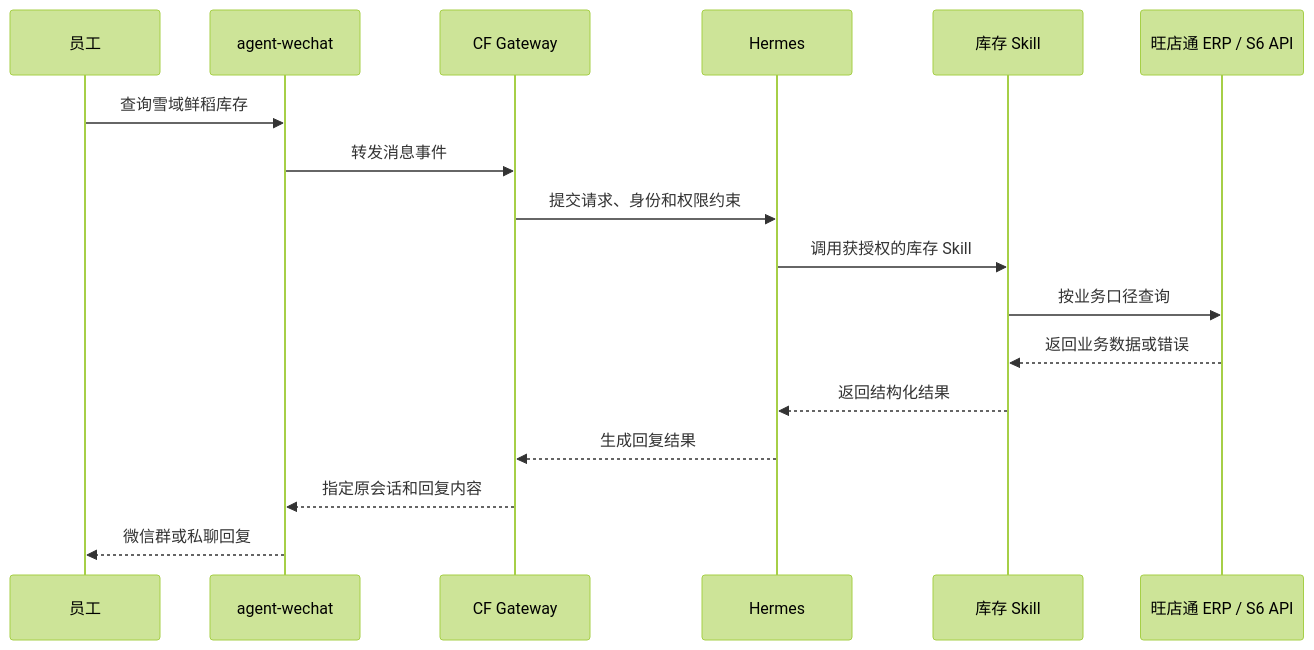
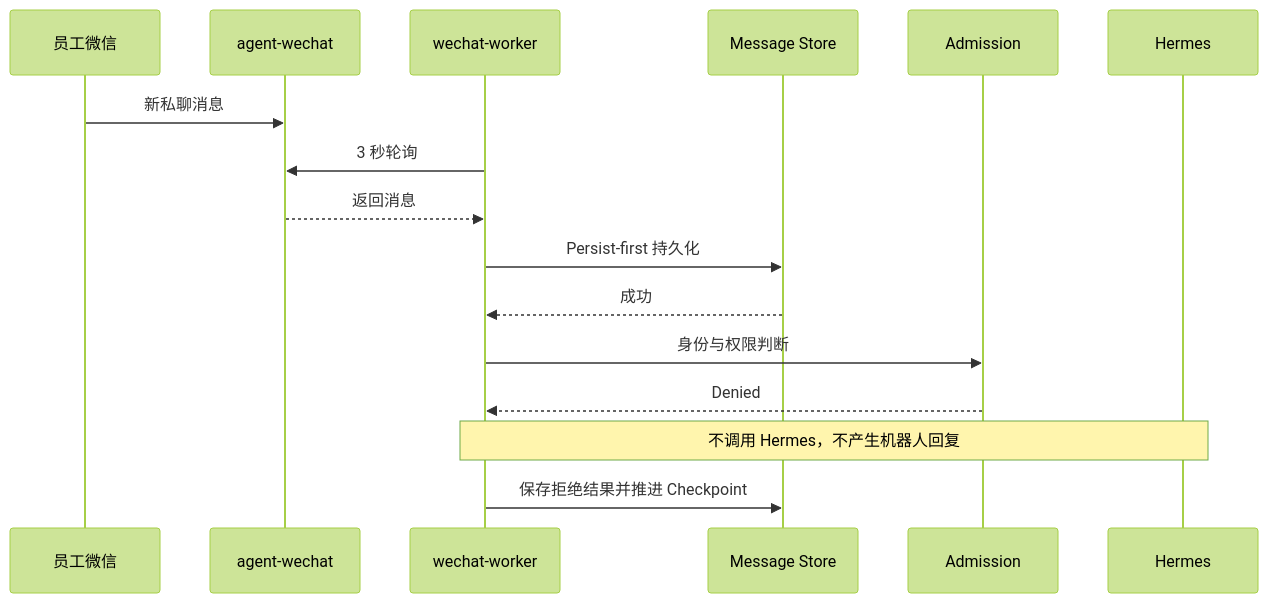
The first of 2 diagrams in architecture/message-flow.md (Tangbohu09527/CF_ecommerce-automation-docs), drawn with Mermaid (forest theme) before and after one commit. The commit also changed other lines of this file and 15 other files, not shown here.

Commit message:
docs: sync WeChat gateway production architecture and status

````diff
--- a/architecture/message-flow.md
+++ b/architecture/message-flow.md
@@ -34,20 +7,19 @@
 ```mermaid
 sequenceDiagram
-    participant E as 员工
-    participant W as agent-wechat
-    participant G as CF Gateway
+    participant E as 员工微信
+    participant AW as agent-wechat
+    participant WW as wechat-worker
+    participant MS as Message Store
+    participant AD as Admission
     participant H as Hermes
-    participant S as 库存 Skill
-    participant B as 旺店通 ERP / S6 API
 
-    E->>W: 查询雪域鲜稻库存
-    W->>G: 转发消息事件
-    G->>H: 提交请求、身份和权限约束
-    H->>S: 调用获授权的库存 Skill
-    S->>B: 按业务口径查询
-    B-->>S: 返回业务数据或错误
-    S-->>H: 返回结构化结果
-    H-->>G: 生成回复结果
-    G-->>W: 指定原会话和回复内容
-    W-->>E: 微信群或私聊回复
+    E->>AW: 新私聊消息
+    WW->>AW: 3 秒轮询
+    AW-->>WW: 返回消息
+    WW->>MS: Persist-first 持久化
+    MS-->>WW: 成功
+    WW->>AD: 身份与权限判断
+    AD-->>WW: Denied
+    Note over WW,H: 不调用 Hermes，不产生机器人回复
+    WW->>MS: 保存拒绝结果并推进 Checkpoint
 ```
````
